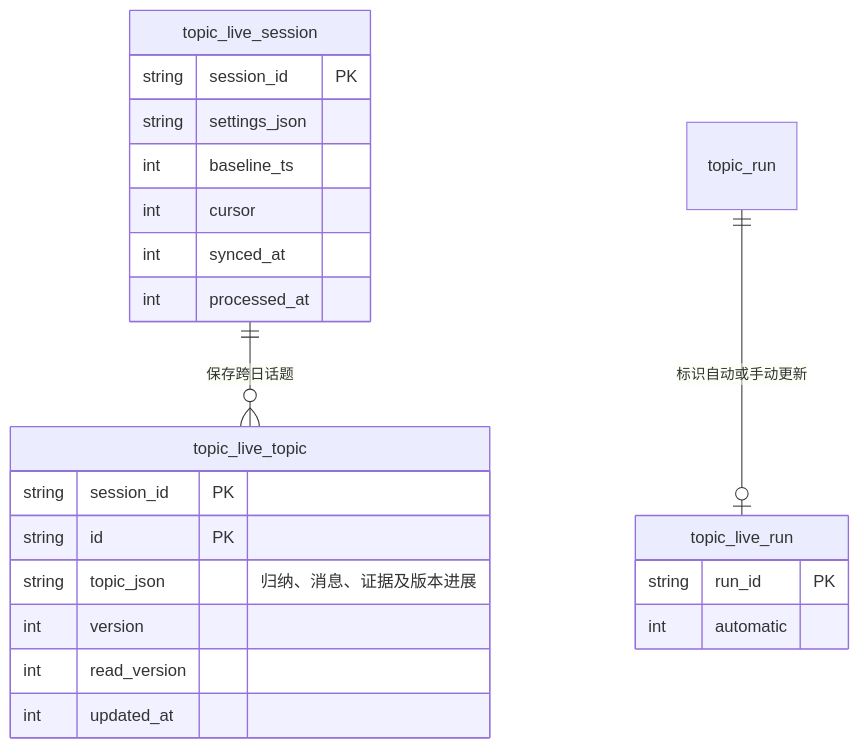
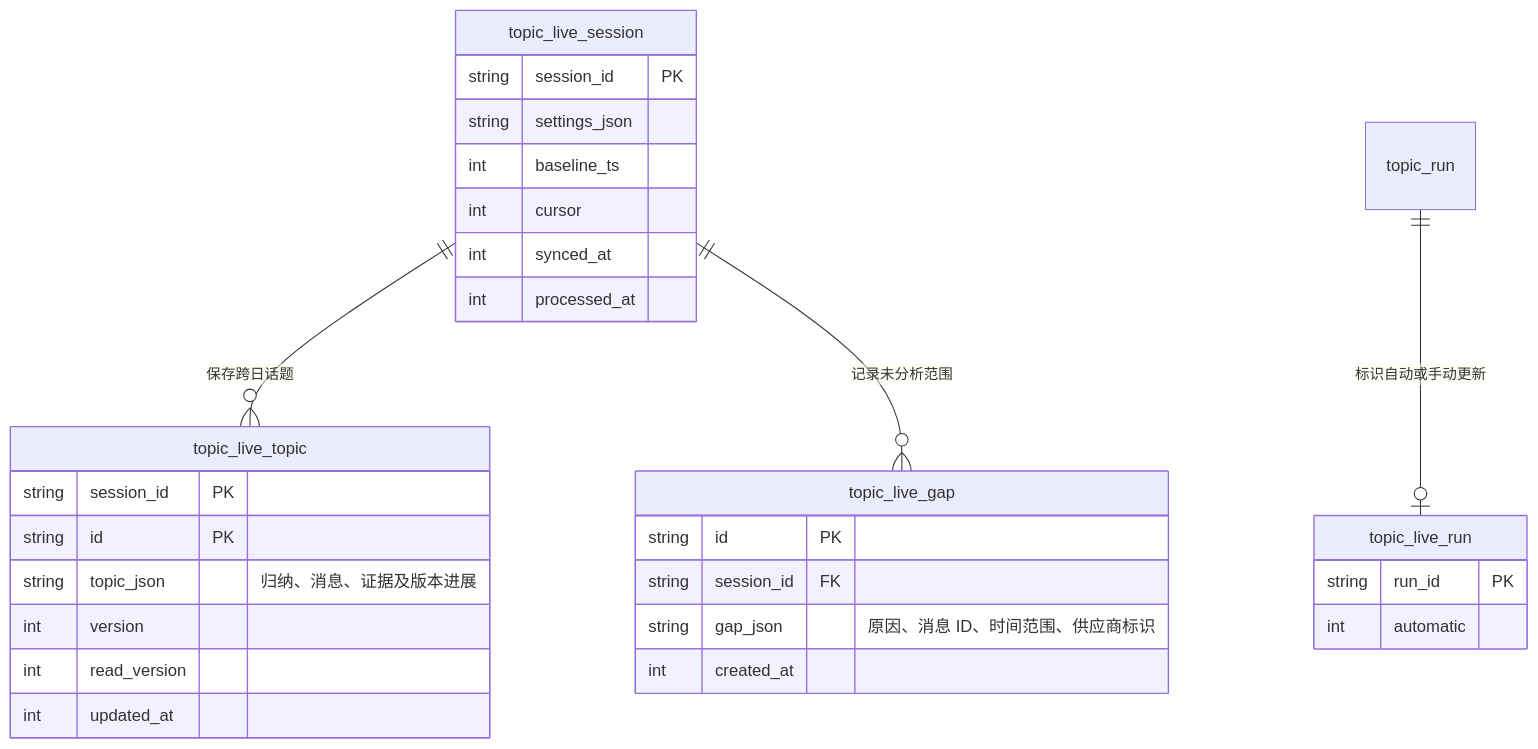
One commit to bufferducky/ChatLab changed the third of 3 diagrams in packages/node-runtime/src/services/topics/README.md. Above: the diagram before and after it, drawn with Mermaid. The commit also changed other lines of this file and 47 other files, not shown here.

````diff
--- a/packages/node-runtime/src/services/topics/README.md
+++ b/packages/node-runtime/src/services/topics/README.md
@@ -45,25 +74,32 @@
 ```mermaid
 erDiagram
     topic_live_session ||--o{ topic_live_topic : "保存跨日话题"
+    topic_live_session ||--o{ topic_live_gap : "记录未分析范围"
     topic_run ||--o| topic_live_run : "标识自动或手动更新"
     topic_live_session {
         string session_id PK
         string settings_json
         int baseline_ts
         int cursor
         int synced_at
         int processed_at
     }
     topic_live_topic {
         string session_id PK
         string id PK
         string topic_json "归纳、消息、证据及版本进展"
         int version
         int read_version
         int updated_at
     }
+    topic_live_gap {
+        string id PK
+        string session_id FK
+        string gap_json "原因、消息 ID、时间范围、供应商标识"
+        int created_at
+    }
     topic_live_run {
         string run_id PK
         int automatic
     }
 ```
````
